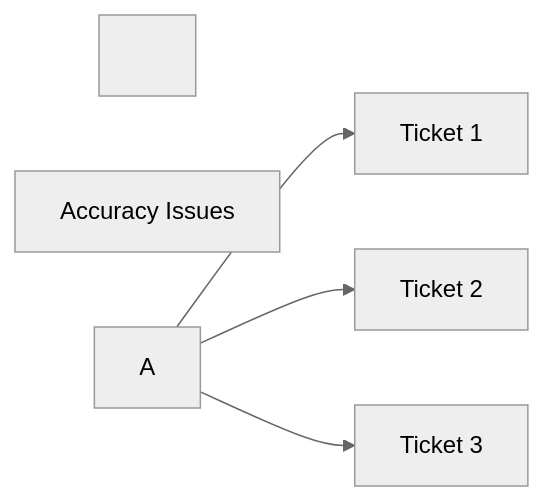
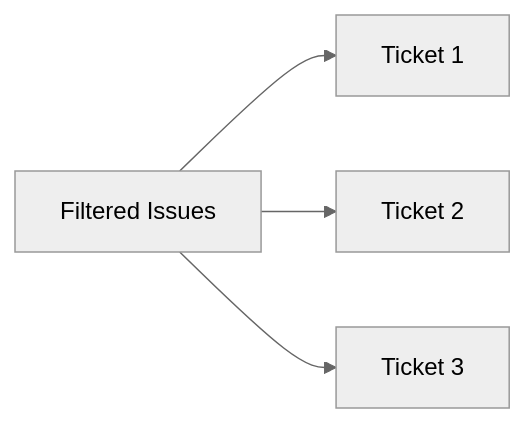
The eighth of 13 diagrams in docs/diagram.md (ethan-tran-mfv/aiagt-precision-triage), drawn with Mermaid (neutral theme) before and after one commit. The commit also changed other lines of this file and 19 other files, not shown here.

````diff
--- a/docs/diagram.md
+++ b/docs/diagram.md
@@ -399,13 +233,7 @@
 ```mermaid
-
 flowchart LR
-
-&nbsp;   A\[Accuracy Issues]
-
-&nbsp;   A --> T1\[Ticket 1]
-
-&nbsp;   A --> T2\[Ticket 2]
-
-&nbsp;   A --> T3\[Ticket 3]
-
+    A[Filtered Issues]
+    A --> T1[Ticket 1]
+    A --> T2[Ticket 2]
+    A --> T3[Ticket 3]
 ```
````
